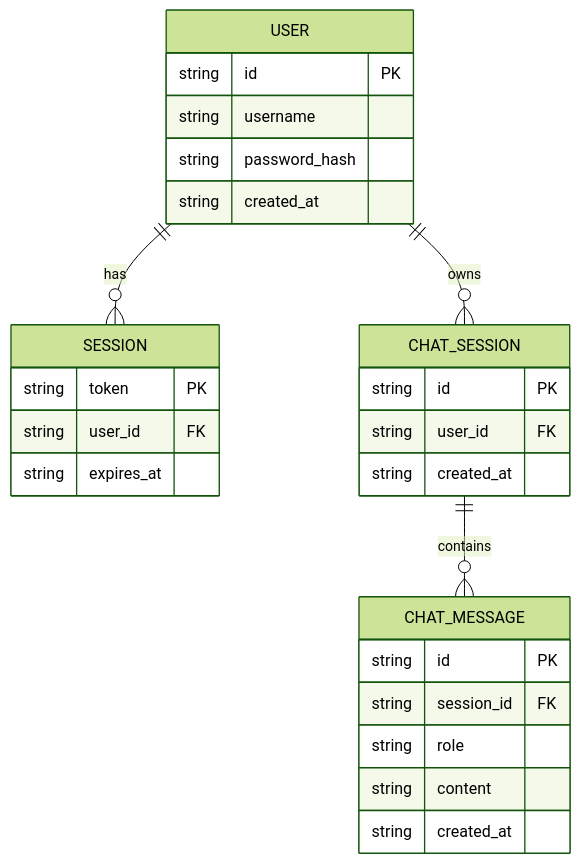
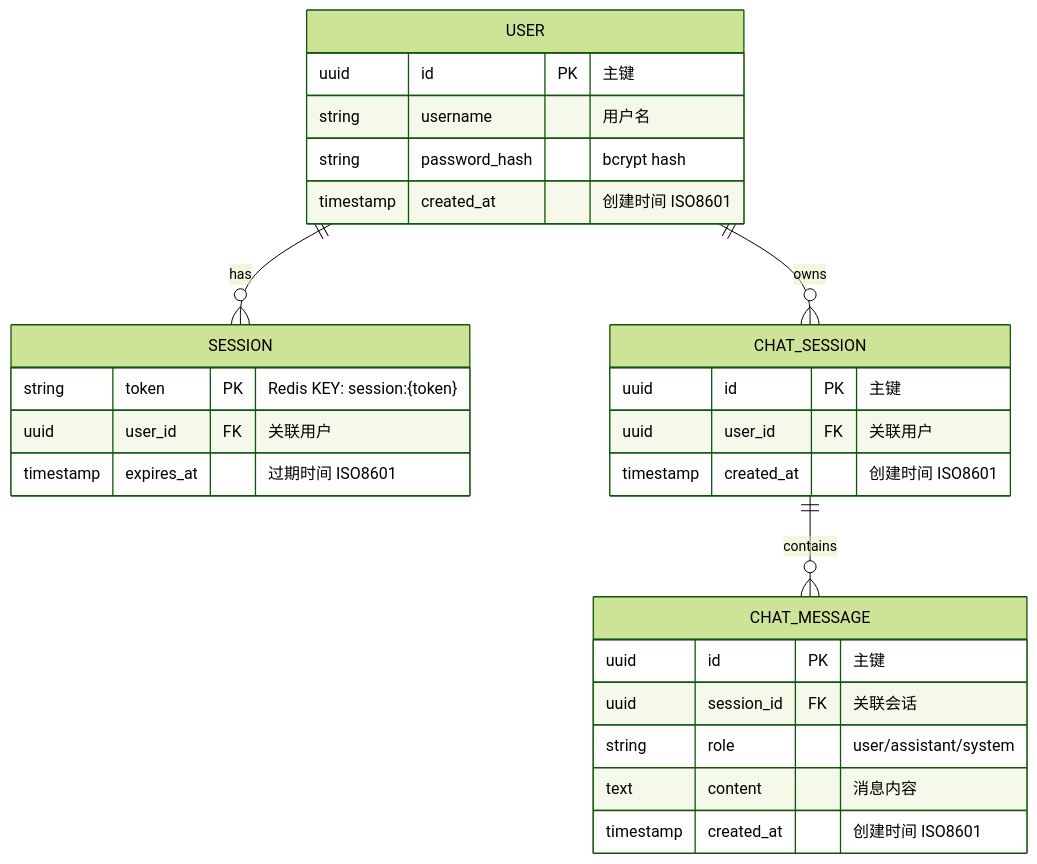
The diagram in charts/er.md (Playitcooool/robotagent), drawn with Mermaid (forest theme) before and after one commit. The commit also changed other lines of this file and 6 other files, not shown here.

First line of the commit message:
optimize(charts): unify visual style and add error handling branches

````diff
--- a/charts/er.md
+++ b/charts/er.md
@@ -3,33 +5,33 @@
 ```mermaid
 erDiagram
   USER {
-    string id PK
-    string username
-    string password_hash
-    string created_at
+    uuid id PK "主键"
+    string username "用户名"
+    string password_hash "bcrypt hash"
+    timestamp created_at "创建时间 ISO8601"
   }
 
   SESSION {
-    string token PK
-    string user_id FK
-    string expires_at
+    string token PK "Redis KEY: session:{token}"
+    uuid user_id FK "关联用户"
+    timestamp expires_at "过期时间 ISO8601"
   }
 
   CHAT_SESSION {
-    string id PK
-    string user_id FK
-    string created_at
+    uuid id PK "主键"
+    uuid user_id FK "关联用户"
+    timestamp created_at "创建时间 ISO8601"
   }
 
   CHAT_MESSAGE {
-    string id PK
-    string session_id FK
-    string role
-    string content
-    string created_at
+    uuid id PK "主键"
+    uuid session_id FK "关联会话"
+    string role "user/assistant/system"
+    text content "消息内容"
+    timestamp created_at "创建时间 ISO8601"
   }
 
-  USER ||--o{ SESSION : has
-  USER ||--o{ CHAT_SESSION : owns
-  CHAT_SESSION ||--o{ CHAT_MESSAGE : contains
+  USER ||--o{ SESSION : "has"
+  USER ||--o{ CHAT_SESSION : "owns"
+  CHAT_SESSION ||--o{ CHAT_MESSAGE : "contains"
 ```
````
